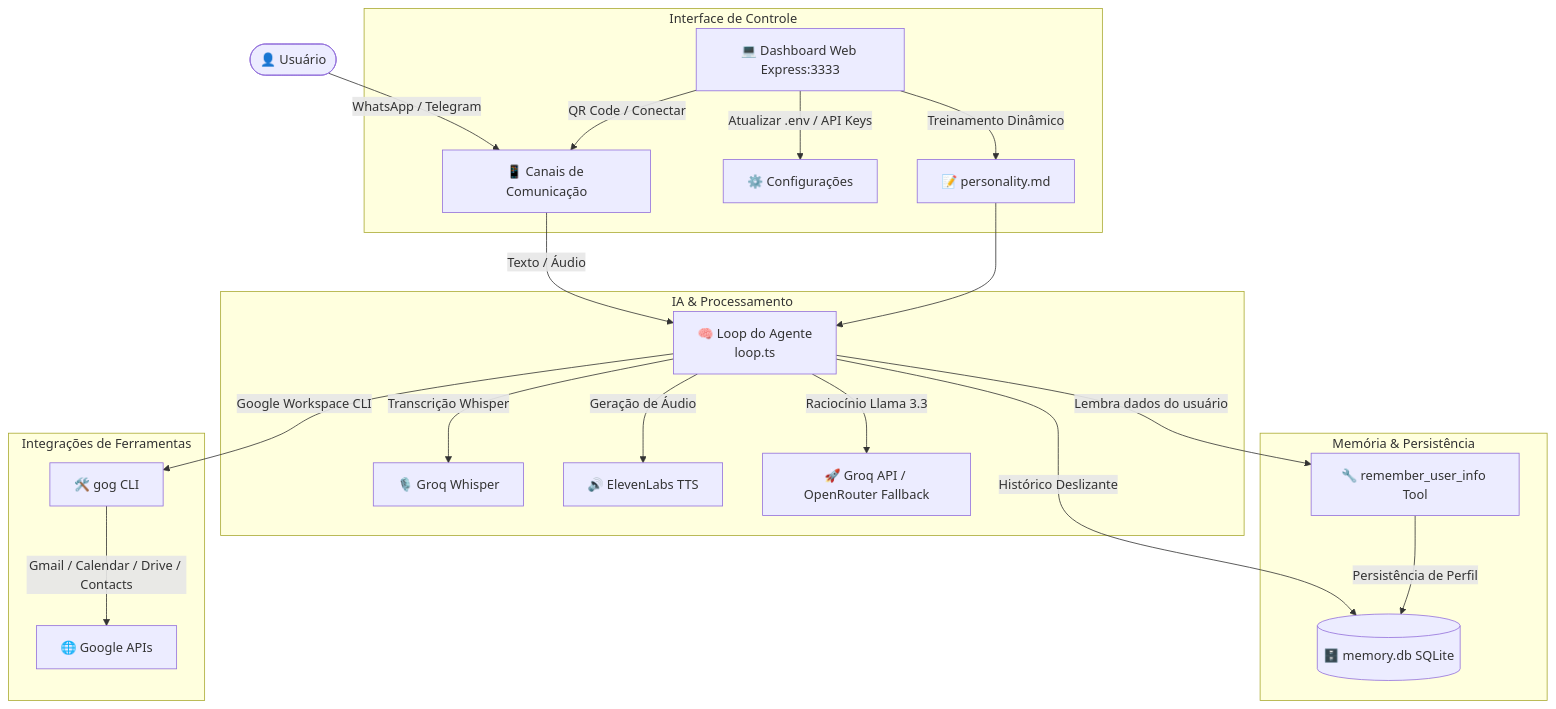
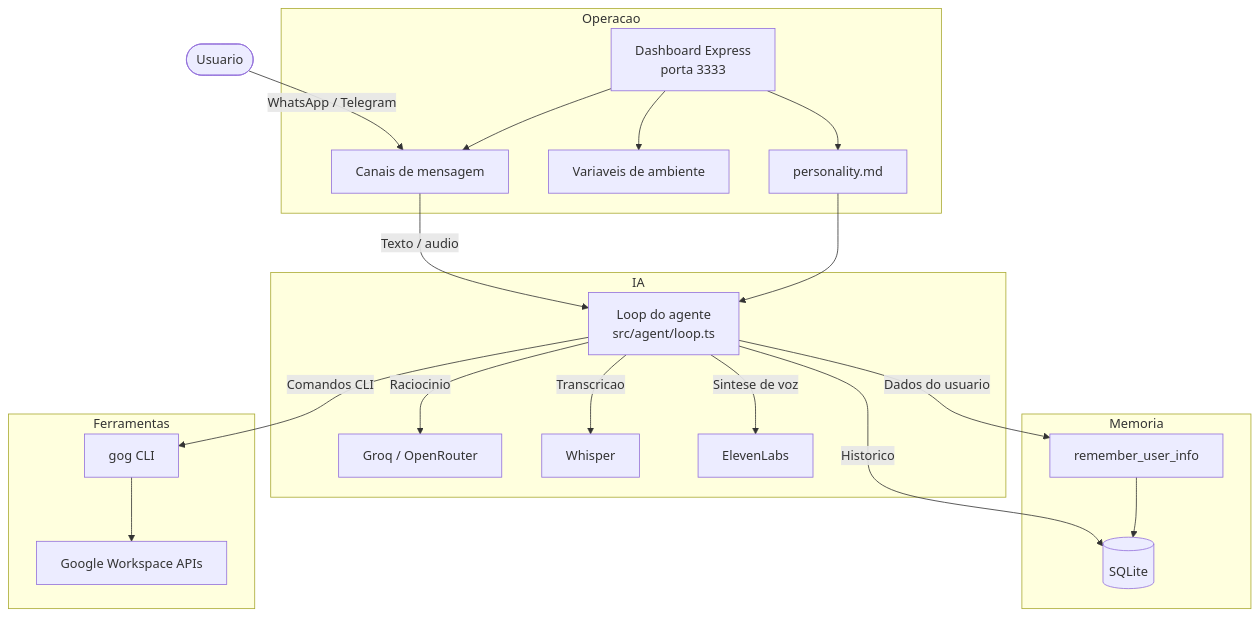
Before and after one commit to gentillidiego/AgenteJuridicoFlexeiras: the diagram in README.md, drawn with Mermaid. The commit also changed other lines of this file and 1 other file, not shown here.

````diff
--- a/README.md
+++ b/README.md
@@ -20,34 +33,29 @@
 ```mermaid
 graph TD
-    %% Nós de Usuário e Canais
-    User([👤 Usuário]) -->|WhatsApp / Telegram| Channels[📱 Canais de Comunicação]
-    Channels -->|Texto / Áudio| AgentLoop[🧠 Loop do Agente <br> loop.ts]
-    
-    %% Subsistema de Inteligência Artificial
-    subgraph IA & Processamento
-        AgentLoop -->|Transcrição Whisper| Whisper[🎙️ Groq Whisper]
-        AgentLoop -->|Geração de Áudio| ElevenLabs[🔊 ElevenLabs TTS]
-        AgentLoop -->|Raciocínio Llama 3.3| Groq[🚀 Groq API / OpenRouter Fallback]
+    User([Usuario]) -->|WhatsApp / Telegram| Channels[Canais de mensagem]
+    Channels -->|Texto / audio| AgentLoop[Loop do agente<br/>src/agent/loop.ts]
+
+    subgraph IA
+        AgentLoop -->|Raciocinio| LLM[Groq / OpenRouter]
+        AgentLoop -->|Transcricao| Whisper[Whisper]
+        AgentLoop -->|Sintese de voz| TTS[ElevenLabs]
     end
 
-    %% Subsistema de Memória e Persistência
-    subgraph Memória & Persistência
-        AgentLoop -->|Histórico Deslizante| SQLite[(🗄️ memory.db SQLite)]
-        AgentLoop -->|Lembra dados do usuário| RememberTool[🔧 remember_user_info Tool]
-        RememberTool -->|Persistência de Perfil| SQLite
+    subgraph Memoria
+        AgentLoop -->|Historico| SQLite[(SQLite)]
+        AgentLoop -->|Dados do usuario| Remember[remember_user_info]
+        Remember --> SQLite
     end
 
-    %% Subsistema de Ferramentas Externas
-    subgraph Integrações de Ferramentas
-        AgentLoop -->|Google Workspace CLI| GogCLI[🛠️ gog CLI]
-        GogCLI -->|Gmail / Calendar / Drive / Contacts| Google[🌐 Google APIs]
+    subgraph Ferramentas
+        AgentLoop -->|Comandos CLI| Gog[gog CLI]
+        Gog --> Google[Google Workspace APIs]
     end
 
-    %% Subsistema de Controle e Configuração
-    subgraph Interface de Controle
-        Dashboard[💻 Dashboard Web Express:3333] -->|QR Code / Conectar| Channels
-        Dashboard -->|Atualizar .env / API Keys| EnvConfig[⚙️ Configurações]
-        Dashboard -->|Treinamento Dinâmico| Personality[📝 personality.md]
+    subgraph Operacao
+        Dashboard[Dashboard Express<br/>porta 3333] --> Channels
+        Dashboard --> Env[Variaveis de ambiente]
+        Dashboard --> Personality[personality.md]
         Personality --> AgentLoop
     end
 ```
````
